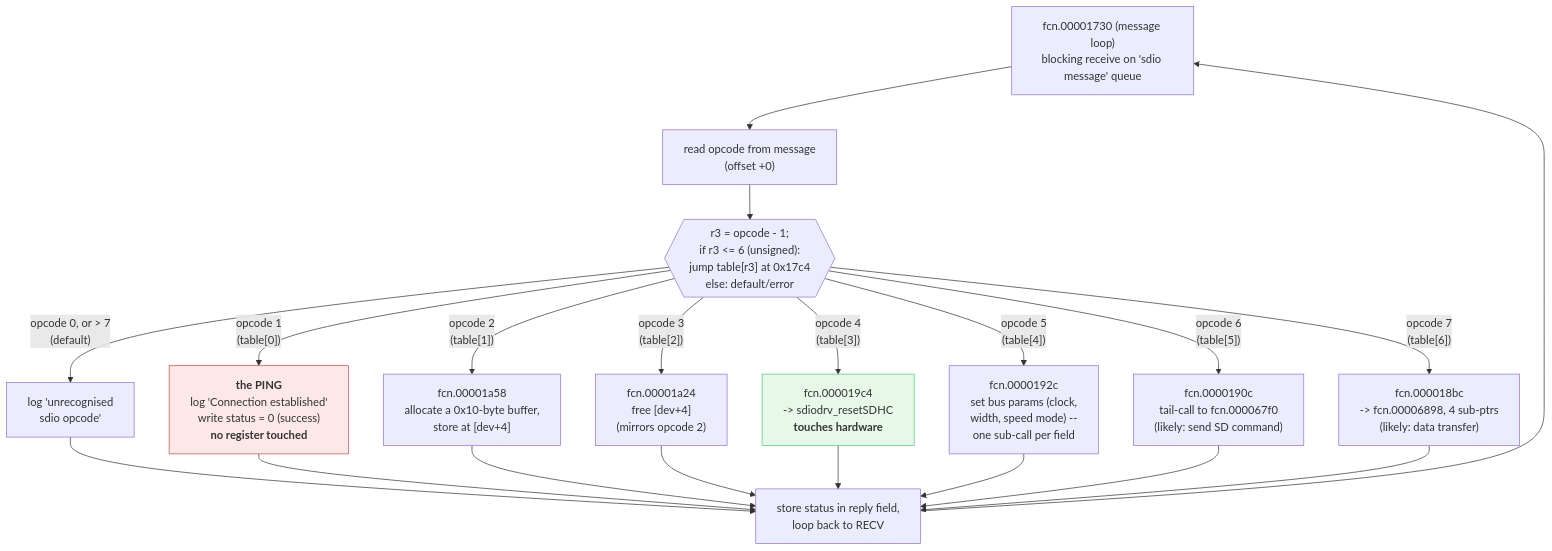
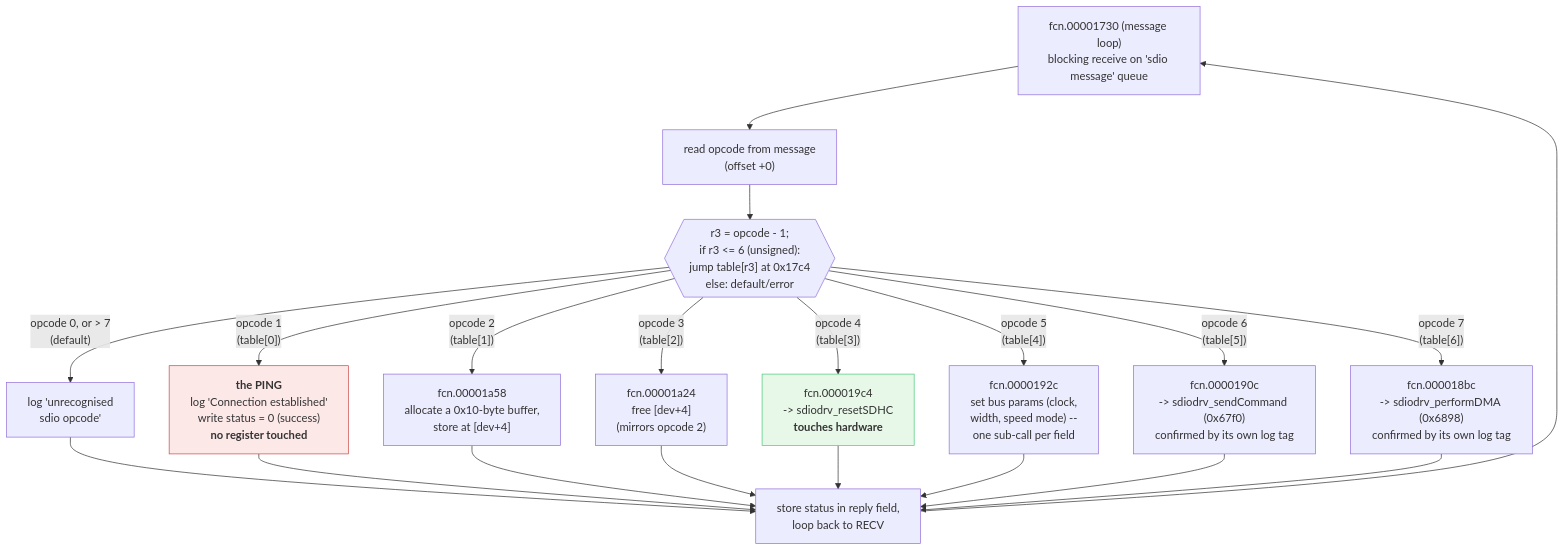
One commit to SebE585/trognon changed the second of 2 diagrams in docs/research/2026-10-16-wifi-iop-architecture.md. Above: the diagram before and after it, drawn with Mermaid. The commit also changed other lines of this file and 2 other files, not shown here.

````diff
--- a/docs/research/2026-10-16-wifi-iop-architecture.md
+++ b/docs/research/2026-10-16-wifi-iop-architecture.md
@@ -365,32 +387,32 @@
 ```mermaid
 flowchart TD
     RECV["fcn.00001730 (message loop)<br/>blocking receive on 'sdio message' queue"]
     OP["read opcode from message<br/>(offset +0)"]
     SW{{"r3 = opcode - 1;<br/>if r3 &lt;= 6 (unsigned):<br/>jump table[r3] at 0x17c4<br/>else: default/error"}}
 
     RECV --> OP --> SW
 
     SW -- "opcode 0, or &gt; 7<br/>(default)" --> ERR["log 'unrecognised<br/>sdio opcode'"]
     SW -- "opcode 1<br/>(table[0])" --> C0
     SW -- "opcode 2<br/>(table[1])" --> C1["fcn.00001a58<br/>allocate a 0x10-byte buffer,<br/>store at [dev+4]"]
     SW -- "opcode 3<br/>(table[2])" --> C2["fcn.00001a24<br/>free [dev+4]<br/>(mirrors opcode 2)"]
     SW -- "opcode 4<br/>(table[3])" --> C3["fcn.000019c4<br/>-> sdiodrv_resetSDHC<br/><b>touches hardware</b>"]
     SW -- "opcode 5<br/>(table[4])" --> C4["fcn.0000192c<br/>set bus params (clock,<br/>width, speed mode) --<br/>one sub-call per field"]
-    SW -- "opcode 6<br/>(table[5])" --> C5["fcn.0000190c<br/>tail-call to fcn.000067f0<br/>(likely: send SD command)"]
-    SW -- "opcode 7<br/>(table[6])" --> C6["fcn.000018bc<br/>-> fcn.00006898, 4 sub-ptrs<br/>(likely: data transfer)"]
+    SW -- "opcode 6<br/>(table[5])" --> C5["fcn.0000190c<br/>-> sdiodrv_sendCommand (0x67f0)<br/>confirmed by its own log tag"]
+    SW -- "opcode 7<br/>(table[6])" --> C6["fcn.000018bc<br/>-> sdiodrv_performDMA (0x6898)<br/>confirmed by its own log tag"]
 
     C0["<b>the PING</b><br/>log 'Connection established'<br/>write status = 0 (success)<br/><b>no register touched</b>"]
 
     ERR --> LOOP
     C0 --> LOOP["store status in reply field,<br/>loop back to RECV"]
     C1 --> LOOP
     C2 --> LOOP
     C3 --> LOOP
     C4 --> LOOP
     C5 --> LOOP
     C6 --> LOOP
     LOOP --> RECV
 
     style C0 fill:#fde8e8,stroke:#c94a4a
     style C3 fill:#e8f8e8,stroke:#4ac97a
 ```
````
